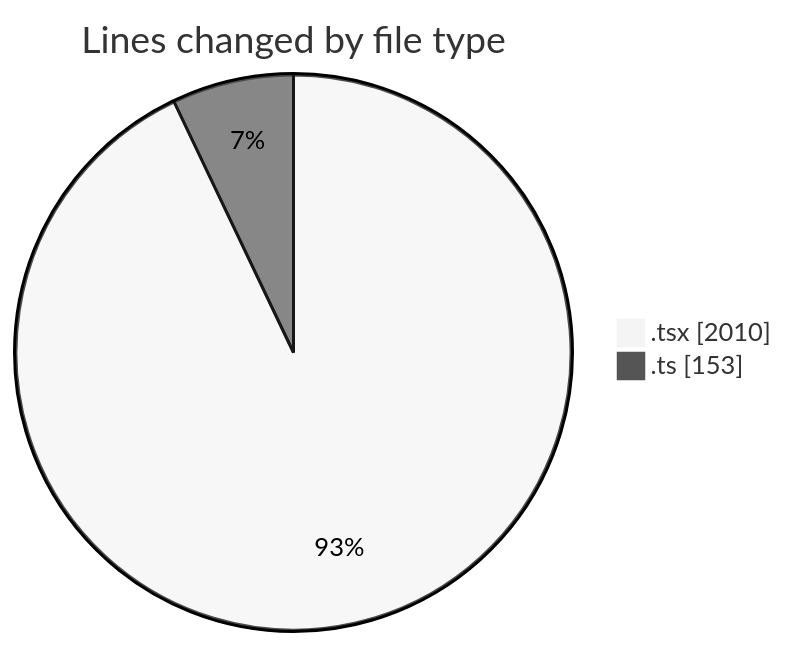
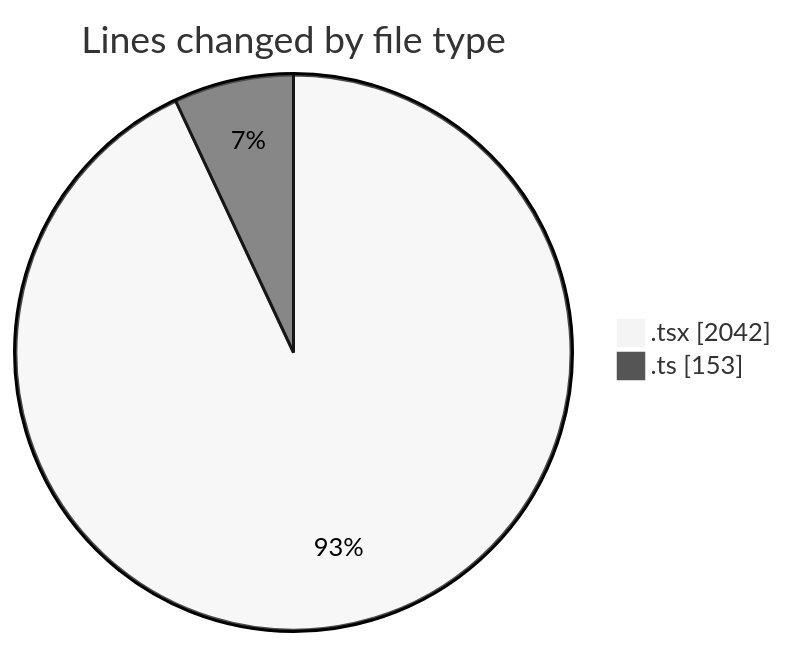
One commit to nxtqubesakshisongat/code-tracking changed the first of 2 diagrams in 2026-03-27/nxtqube_webapp/README.md. Above: the diagram before and after it, drawn with Mermaid (neutral theme). The commit also changed other lines of this file and 1 other file, not shown here.

````diff
--- a/2026-03-27/nxtqube_webapp/README.md
+++ b/2026-03-27/nxtqube_webapp/README.md
@@ -23,6 +23,6 @@
 ```mermaid
 pie showData
 title Lines changed by file type
-".tsx" : 2010
+".tsx" : 2042
 ".ts" : 153
 ```
````
